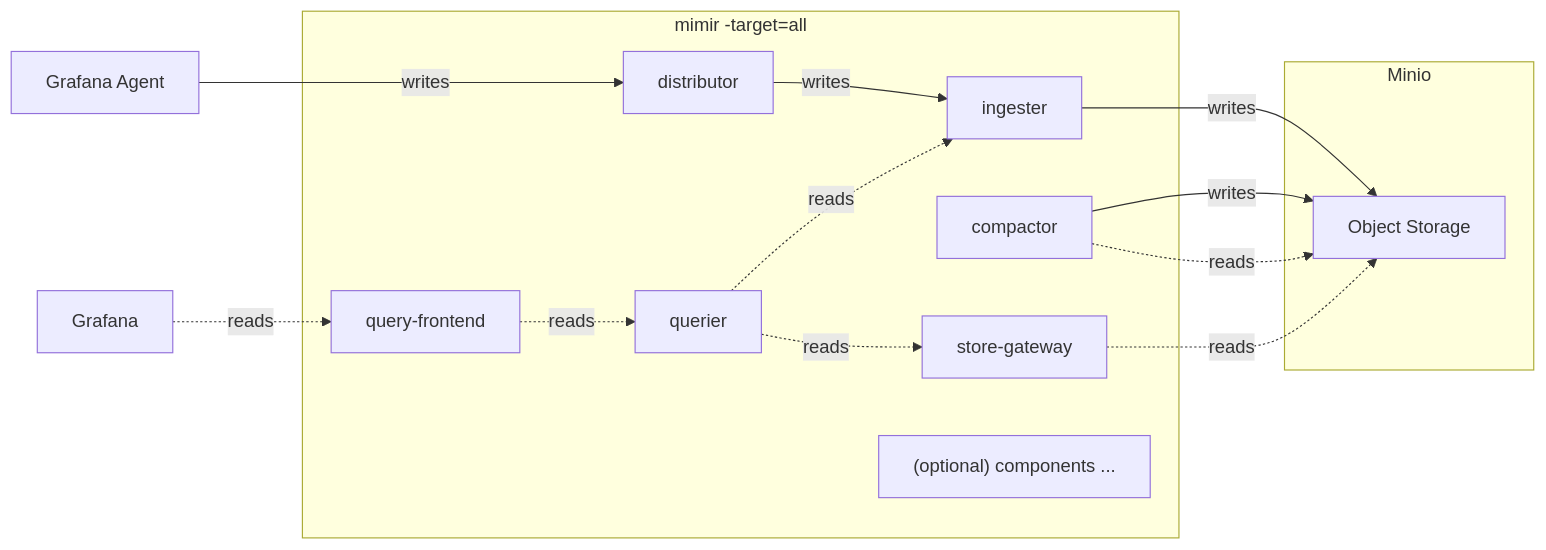
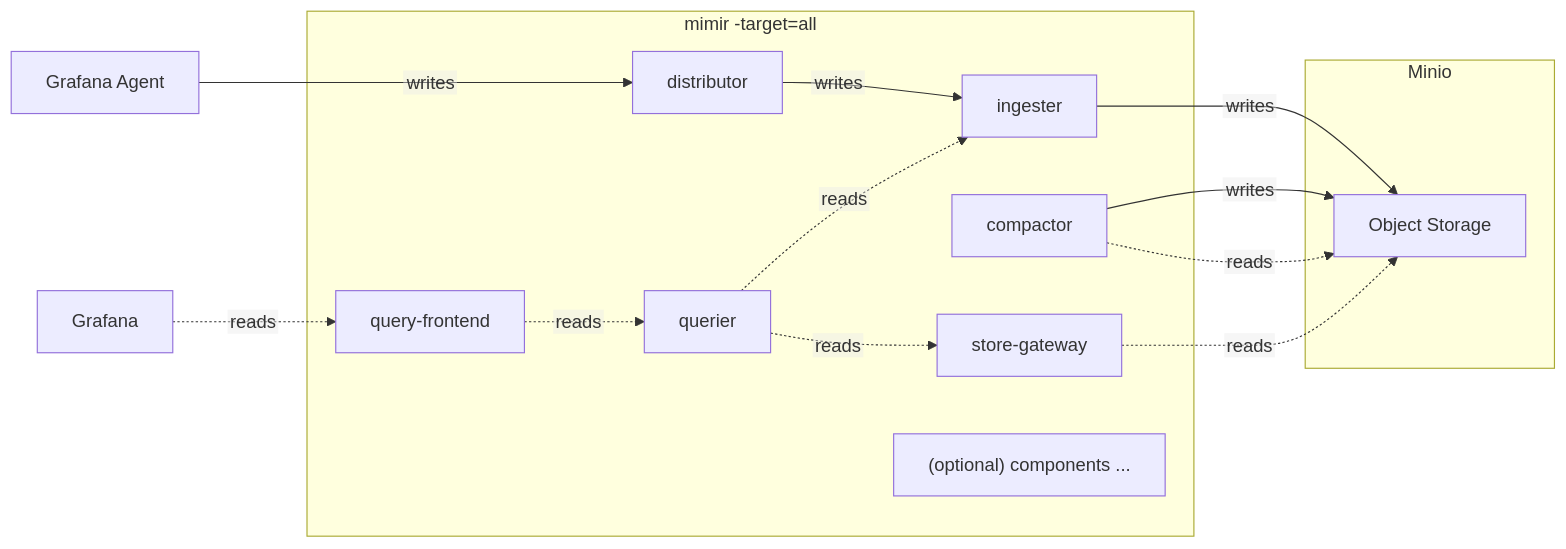
One commit to qclaogui/codelab-monitoring changed the first of 2 diagrams in docker-compose/monolithic-mode/metrics/README.md. Above: the diagram before and after it, drawn with Mermaid. The commit also changed 2 other files, not shown here.

Commit message:
flowchart support Markdown formatting

````diff
--- a/docker-compose/monolithic-mode/metrics/README.md
+++ b/docker-compose/monolithic-mode/metrics/README.md
@@ -10,25 +10,26 @@
 ```mermaid
+%%{init: {"flowchart": {"htmlLabels": false}} }%%
 flowchart LR
     GrafanaAgent["Grafana Agent"] ---> | writes | Distributor
     Grafana -.-> | reads | QueryFrontend["query-frontend"]
 
     subgraph Mimir["mimir -target=all"]
         Distributor["distributor"] --> | writes | Ingester["ingester"]
 
         QueryFrontend -.-> | reads  | Querier["querier"]
         Querier       -.-> | reads  | Ingester["ingester"]
         Querier       -.-> | reads  | StoreGateway["store-gateway"]
         
         Compactor["compactor"]
         
         Optional["`(optional) components ...`"]
     end
 
     subgraph Minio
         ObjectStorage["Object Storage"]
     end
 
     Ingester & Compactor     -->  | writes | ObjectStorage
     Compactor & StoreGateway -.-> | reads  | ObjectStorage
 
 ```
````
